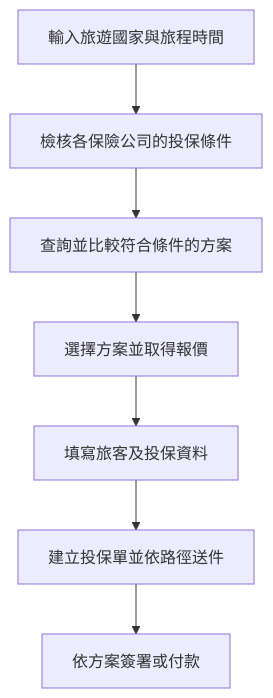
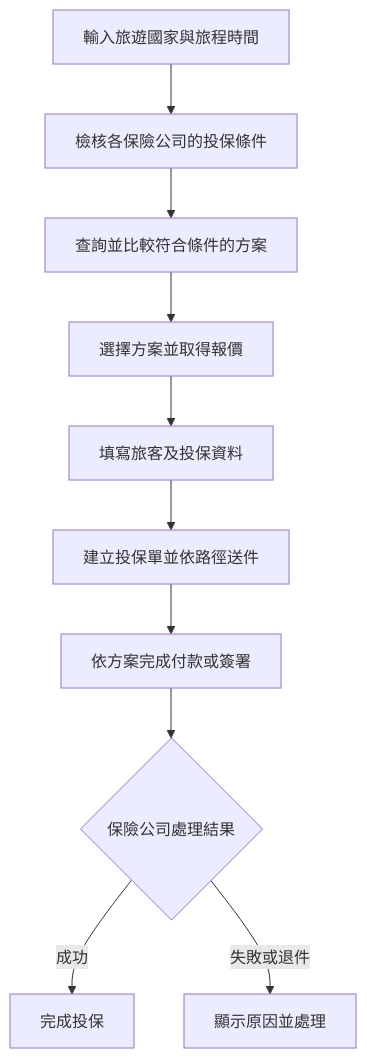
One commit to highhao/insurance-saas-platform changed the second of 3 diagrams in README.md. Above: the diagram before and after it, drawn with Mermaid. The commit also changed other lines of this file, not shown here.

````diff
--- a/README.md
+++ b/README.md
@@ -32,9 +35,12 @@
 ```mermaid
 flowchart TB
     A[輸入旅遊國家與旅程時間] --> B[檢核各保險公司的投保條件]
     B --> C[查詢並比較符合條件的方案]
     C --> D[選擇方案並取得報價]
     D --> E[填寫旅客及投保資料]
     E --> F[建立投保單並依路徑送件]
-    F --> G[依方案簽署或付款]
+    F --> G[依方案完成付款或簽署]
+    G --> H{保險公司處理結果}
+    H -->|成功| I[完成投保]
+    H -->|失敗或退件| J[顯示原因並處理]
 ```
````
